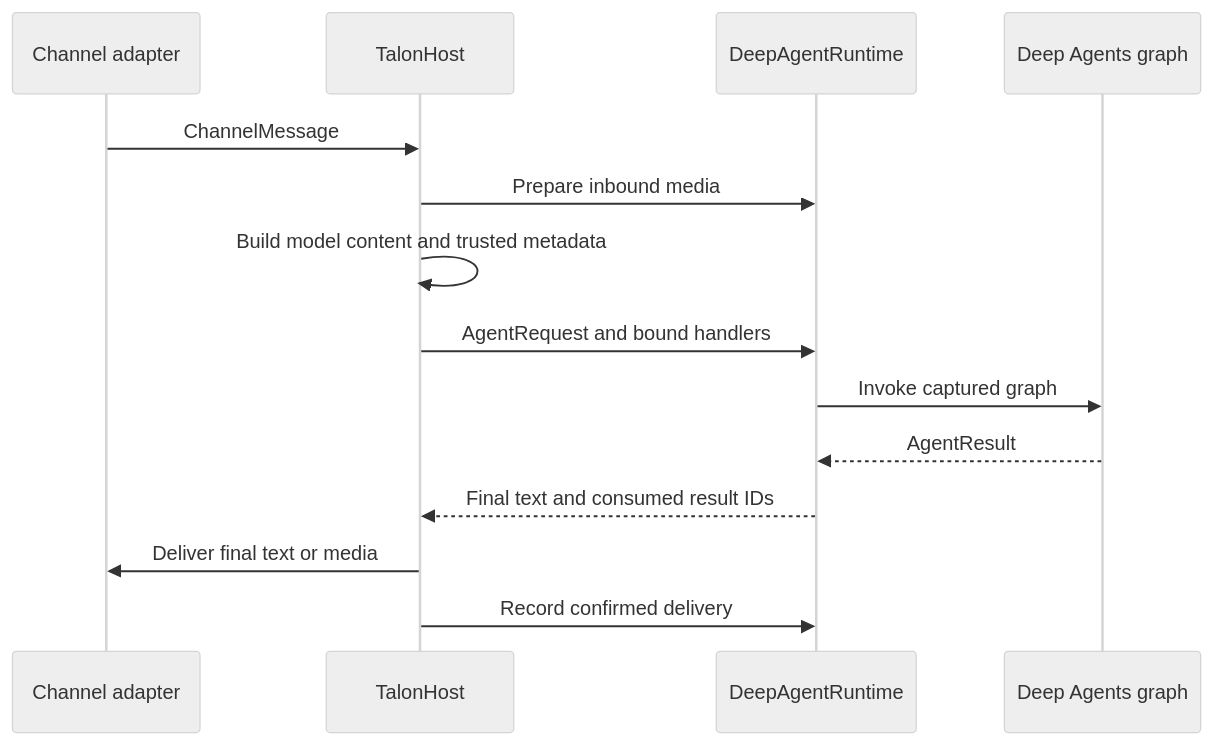
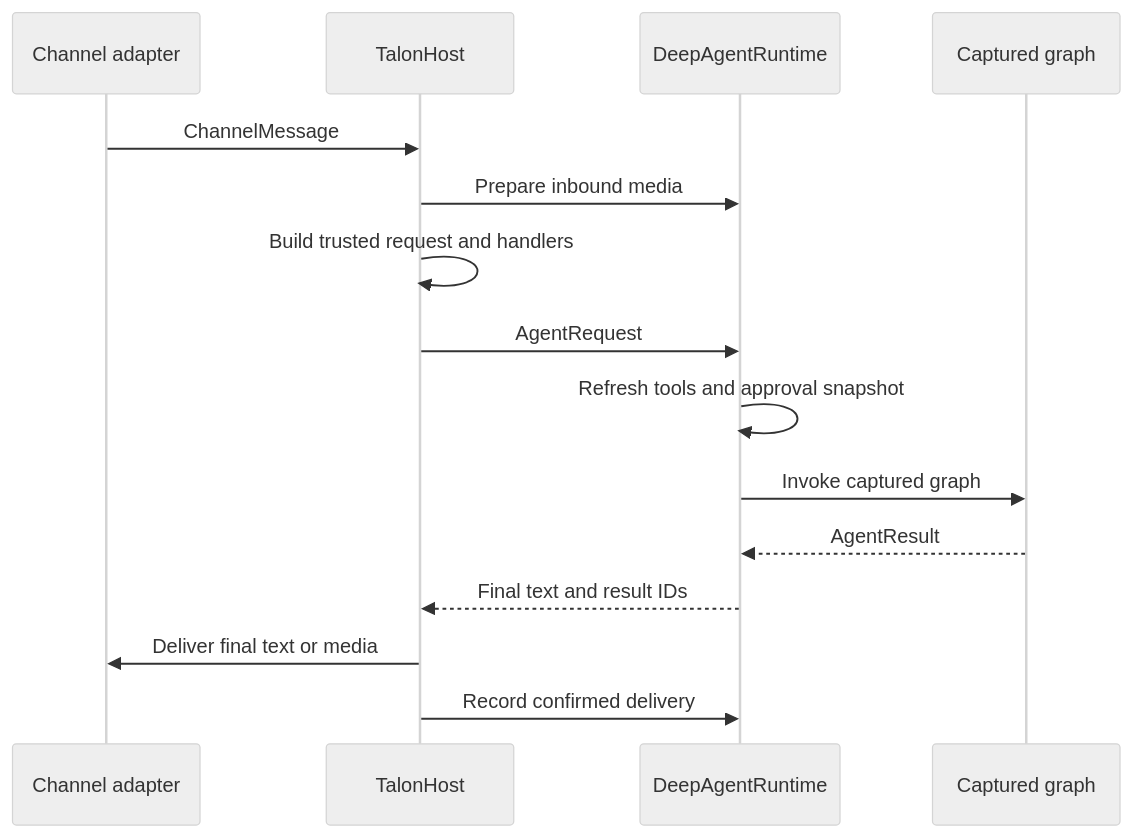
Before and after one commit to langchain-ai/deepagents: the second of 4 diagrams in openwiki/integrations/talon.md, drawn with Mermaid (neutral theme). The commit also changed other lines of this file and 29 other files, not shown here.

````diff
--- a/openwiki/integrations/talon.md
+++ b/openwiki/integrations/talon.md
@@ -97,16 +106,17 @@
 ```mermaid
 sequenceDiagram
     participant Adapter as Channel adapter
     participant Host as TalonHost
     participant Runtime as DeepAgentRuntime
-    participant Graph as Deep Agents graph
+    participant Graph as Captured graph
     Adapter->>Host: ChannelMessage
     Host->>Runtime: Prepare inbound media
-    Host->>Host: Build model content and trusted metadata
-    Host->>Runtime: AgentRequest and bound handlers
+    Host->>Host: Build trusted request and handlers
+    Host->>Runtime: AgentRequest
+    Runtime->>Runtime: Refresh tools and approval snapshot
     Runtime->>Graph: Invoke captured graph
     Graph-->>Runtime: AgentResult
-    Runtime-->>Host: Final text and consumed result IDs
+    Runtime-->>Host: Final text and result IDs
     Host->>Adapter: Deliver final text or media
     Host->>Runtime: Record confirmed delivery
 ```
````
